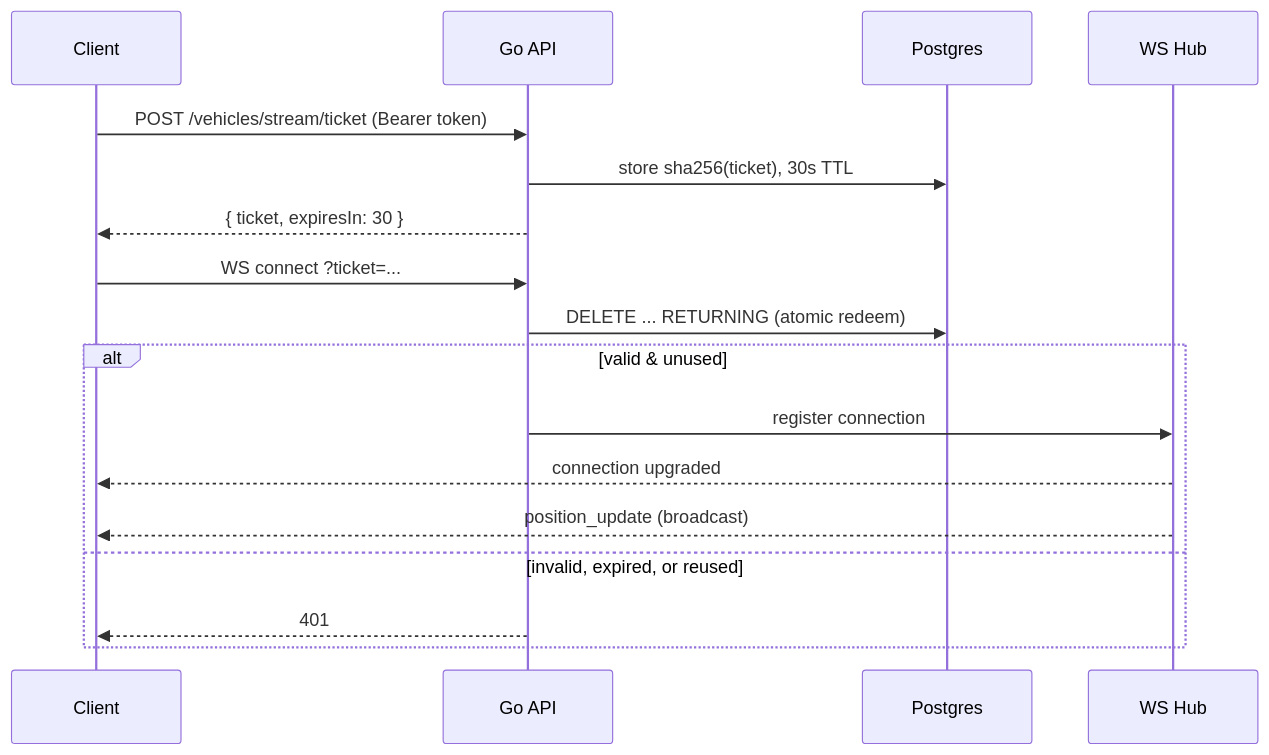
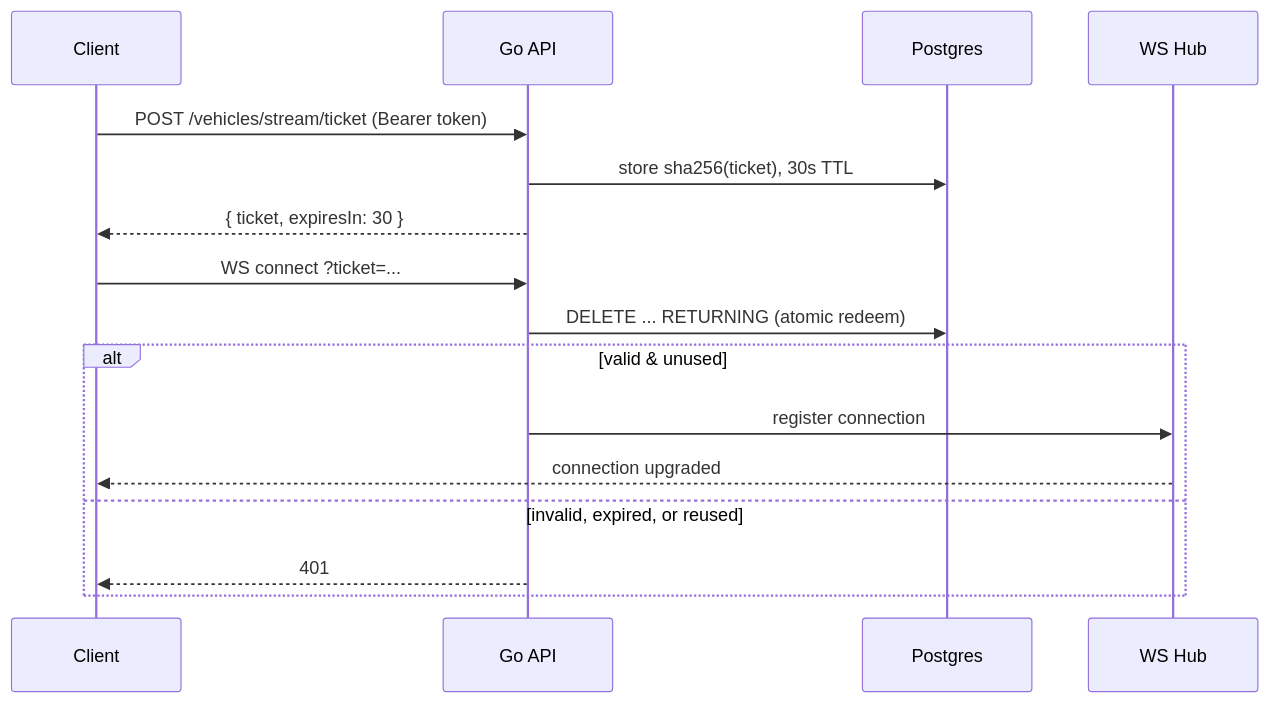
One commit to jwhigham93/Globify changed the sixth of 6 diagrams in ENGINEERING_NOTES.md. Above: the diagram before and after it, drawn with Mermaid. The commit also changed other lines of this file and 4 other files, not shown here.

````diff
--- a/ENGINEERING_NOTES.md
+++ b/ENGINEERING_NOTES.md
@@ -81,20 +246,19 @@
 ```mermaid
 sequenceDiagram
     participant C as Client
     participant A as Go API
     participant P as Postgres
     participant H as WS Hub
 
     C->>A: POST /vehicles/stream/ticket (Bearer token)
     A->>P: store sha256(ticket), 30s TTL
     A-->>C: { ticket, expiresIn: 30 }
     C->>A: WS connect ?ticket=...
     A->>P: DELETE ... RETURNING (atomic redeem)
     alt valid & unused
         A->>H: register connection
         H-->>C: connection upgraded
-        H-->>C: position_update (broadcast)
     else invalid, expired, or reused
         A-->>C: 401
     end
 ```
````
